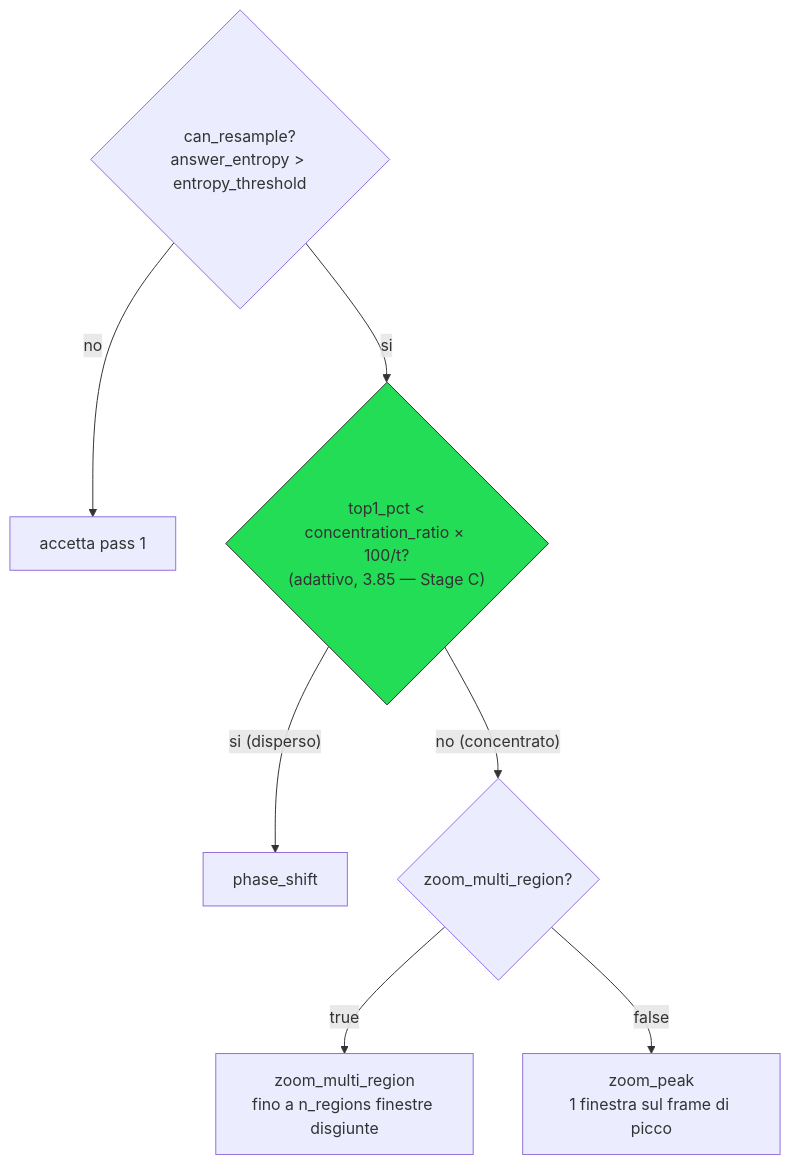
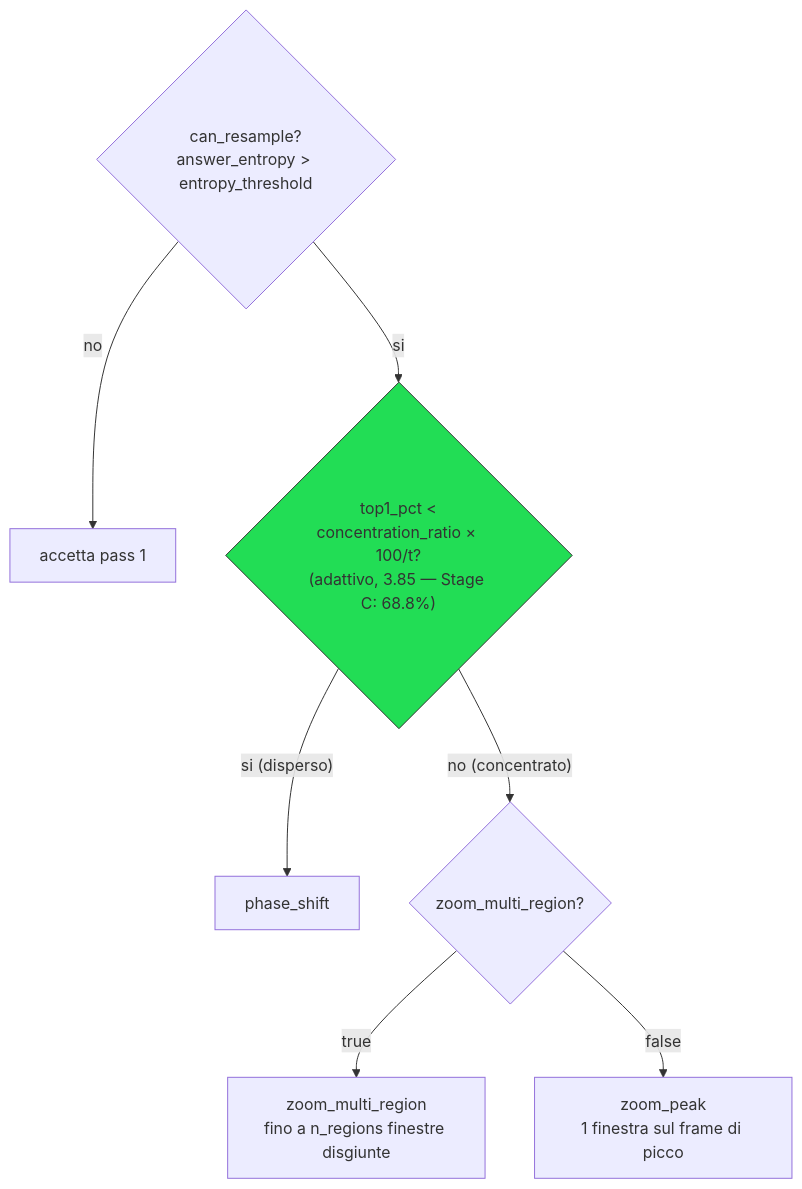
One commit to nyrfinyr/VideoLLM changed the third of 3 diagrams in docs/sintesi_segnali_router_concentrazione.md. Above: the diagram before and after it, drawn with Mermaid. The commit also changed other lines of this file and 1 other file, not shown here.

First line of the commit message:
Aggiorna README e sintesi con il risultato confermato dello Stage C

````diff
--- a/docs/sintesi_segnali_router_concentrazione.md
+++ b/docs/sintesi_segnali_router_concentrazione.md
@@ -263,12 +263,12 @@
 ```mermaid
 flowchart TD
     G{"can_resample?<br/>answer_entropy > entropy_threshold"} -- no --> ACC["accetta pass 1"]
-    G -- si --> C2{"top1_pct <<br/>concentration_ratio × 100/t?<br/>(adattivo, 3.85 — Stage C)"}
+    G -- si --> C2{"top1_pct <<br/>concentration_ratio × 100/t?<br/>(adattivo, 3.85 — Stage C: 68.8%)"}
 
     C2 -- "si (disperso)" --> PS["phase_shift"]
     C2 -- "no (concentrato)" --> ZOOM{"zoom_multi_region?"}
     ZOOM -- true --> ZMR["zoom_multi_region<br/>fino a n_regions finestre disgiunte"]
     ZOOM -- false --> ZP["zoom_peak<br/>1 finestra sul frame di picco"]
 
     style C2 fill:#2d5,stroke:#333
 ```
````
